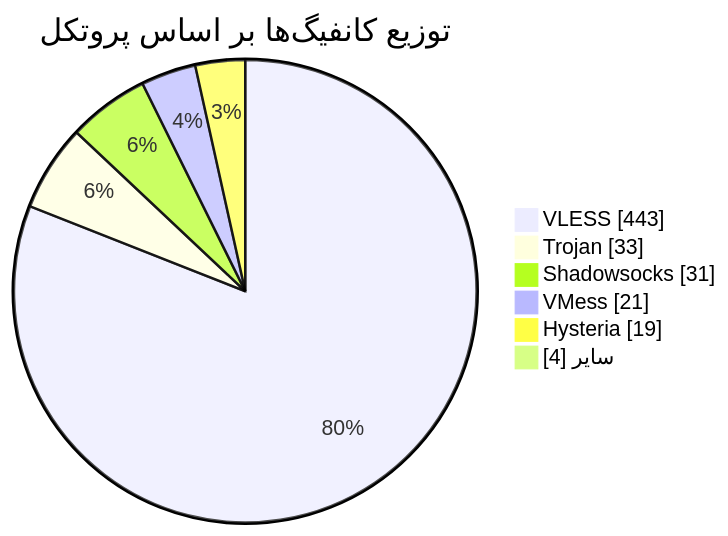
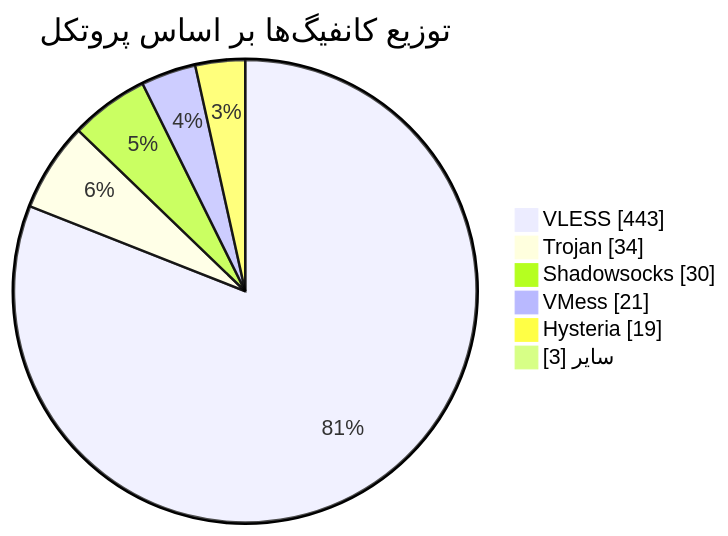
The diagram in README.md (Arian-Alijani/Somthing), drawn with Mermaid before and after one commit. The commit also changed other lines of this file and 65 other files, not shown here.

````diff
--- a/README.md
+++ b/README.md
@@ -48,10 +48,10 @@
 ```mermaid
 pie showData
     title توزیع کانفیگ‌ها بر اساس پروتکل
     "VLESS" : 443
-    "Trojan" : 33
-    "Shadowsocks" : 31
+    "Trojan" : 34
+    "Shadowsocks" : 30
     "VMess" : 21
     "Hysteria" : 19
-    "سایر" : 4
+    "سایر" : 3
 ```
````
